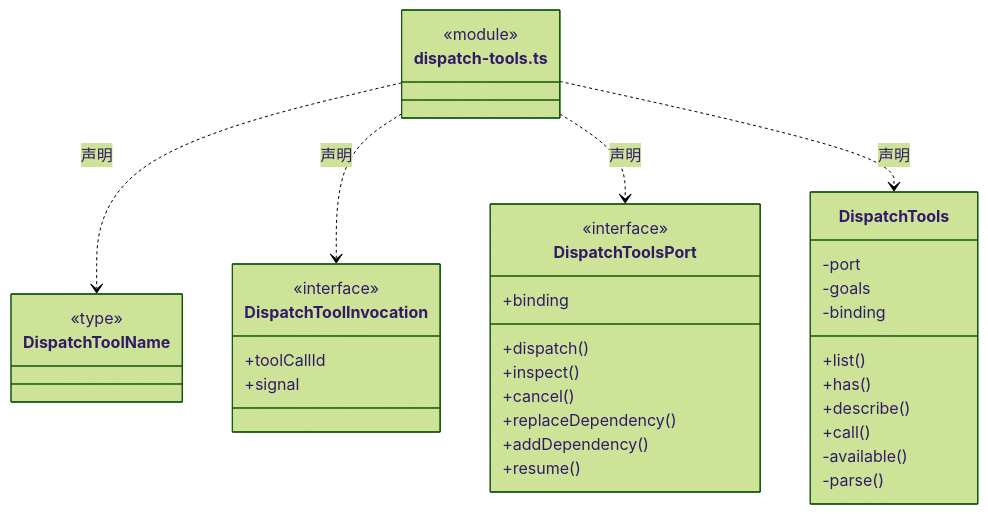
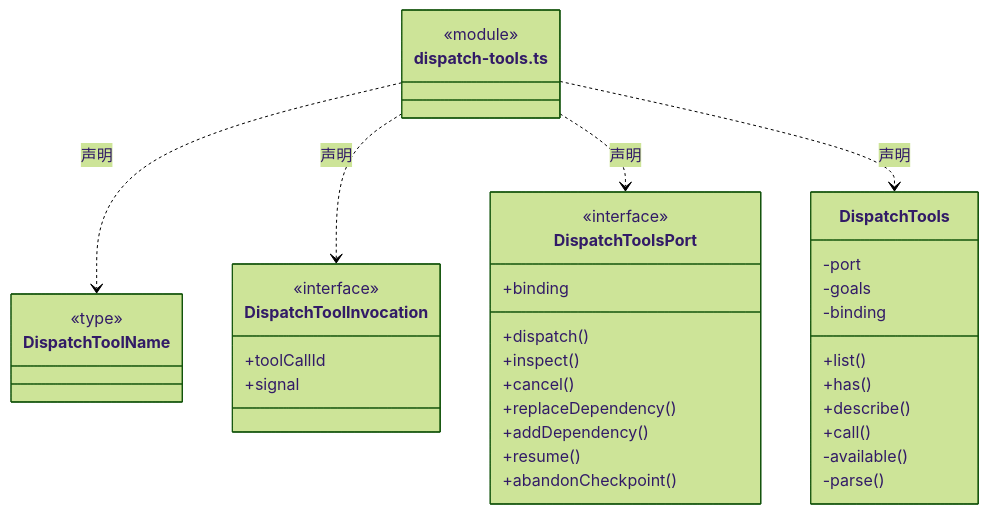
One commit to nan023062/cbim changed the first of 12 diagrams in src/backend/scheduler-engine/tools/ARCHITECTURE.md. Above: the diagram before and after it, drawn with Mermaid (forest theme). The commit also changed other lines of this file and 73 other files, not shown here.

````diff
--- a/src/backend/scheduler-engine/tools/ARCHITECTURE.md
+++ b/src/backend/scheduler-engine/tools/ARCHITECTURE.md
@@ -27,40 +27,41 @@
 ```mermaid
 classDiagram
 class N_src_backend_scheduler_engine_tools_dispatch_tools_ts["dispatch-tools.ts"] {
   <<module>>
 }
 class N_src_backend_scheduler_engine_tools_dispatch_tools_ts_DispatchToolName["DispatchToolName"] {
   <<type>>
 
 }
 N_src_backend_scheduler_engine_tools_dispatch_tools_ts ..> N_src_backend_scheduler_engine_tools_dispatch_tools_ts_DispatchToolName : 声明
 class N_src_backend_scheduler_engine_tools_dispatch_tools_ts_DispatchToolInvocation["DispatchToolInvocation"] {
   <<interface>>
   +toolCallId
   +signal
 }
 N_src_backend_scheduler_engine_tools_dispatch_tools_ts ..> N_src_backend_scheduler_engine_tools_dispatch_tools_ts_DispatchToolInvocation : 声明
 class N_src_backend_scheduler_engine_tools_dispatch_tools_ts_DispatchToolsPort["DispatchToolsPort"] {
   <<interface>>
   +binding
   +dispatch()
   +inspect()
   +cancel()
   +replaceDependency()
   +addDependency()
   +resume()
+  +abandonCheckpoint()
 }
 N_src_backend_scheduler_engine_tools_dispatch_tools_ts ..> N_src_backend_scheduler_engine_tools_dispatch_tools_ts_DispatchToolsPort : 声明
 class N_src_backend_scheduler_engine_tools_dispatch_tools_ts_DispatchTools["DispatchTools"] {
   +list()
   +has()
   +describe()
   +call()
   -port
   -goals
   -binding
   -available()
   -parse()
 }
 N_src_backend_scheduler_engine_tools_dispatch_tools_ts ..> N_src_backend_scheduler_engine_tools_dispatch_tools_ts_DispatchTools : 声明
 ```
````
